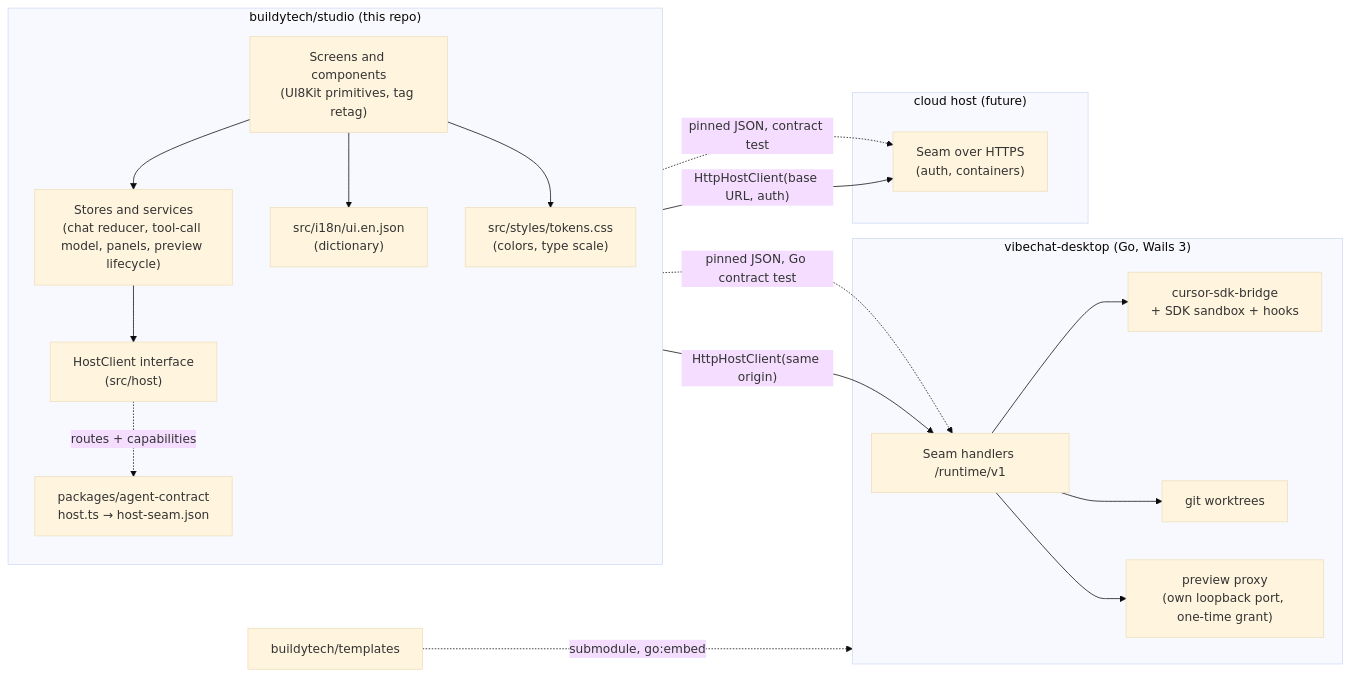
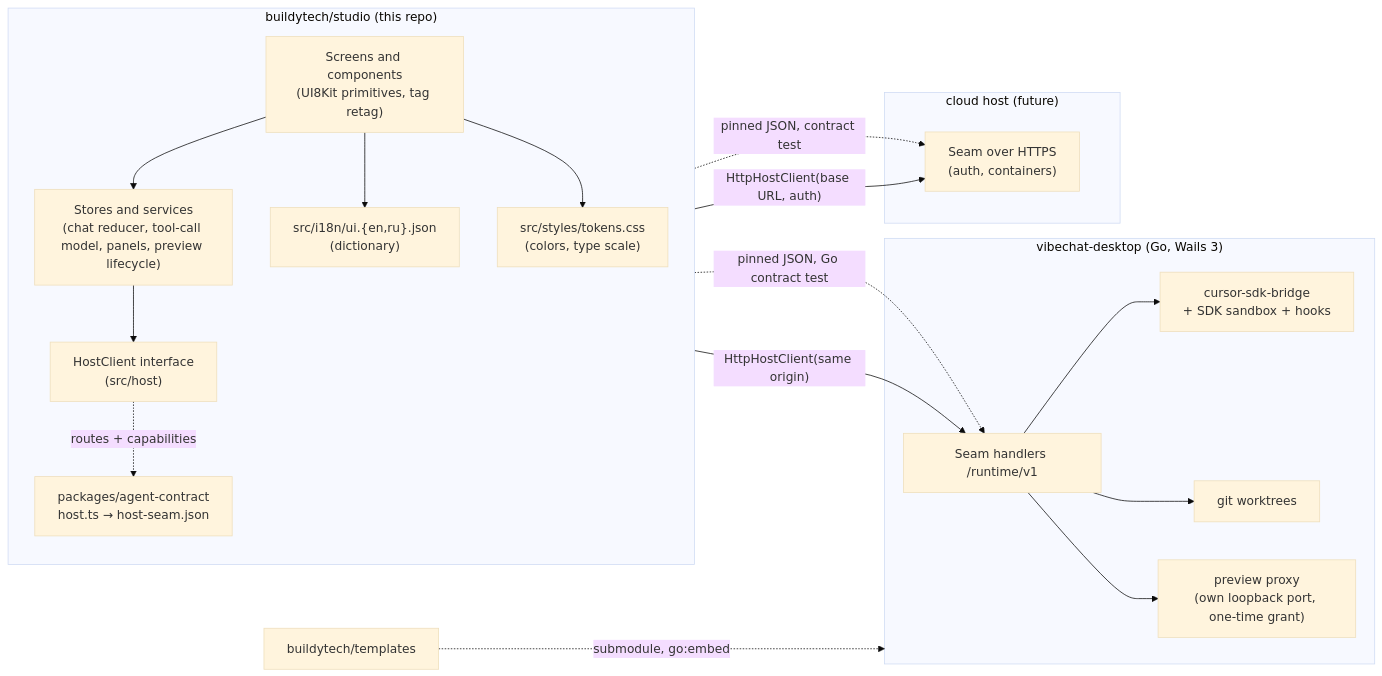
The diagram in docs/ARCHITECTURE.md (buildytech/studio), drawn with Mermaid (base theme) before and after one commit. The commit also changed other lines of this file and 16 other files, not shown here.

````diff
--- a/docs/ARCHITECTURE.md
+++ b/docs/ARCHITECTURE.md
@@ -6,33 +6,33 @@
 ```mermaid
 flowchart LR
   subgraph studio["buildytech/studio (this repo)"]
     direction TB
     UI["Screens and components\n(UI8Kit primitives, tag retag)"]
     VM["Stores and services\n(chat reducer, tool-call model, panels, preview lifecycle)"]
     HC["HostClient interface\n(src/host)"]
     CT["packages/agent-contract\nhost.ts → host-seam.json"]
-    I18N["src/i18n/ui.en.json\n(dictionary)"]
+    I18N["src/i18n/ui.{en,ru}.json\n(dictionary)"]
     TOK["src/styles/tokens.css\n(colors, type scale)"]
     UI --> VM --> HC
     UI --> I18N
     UI --> TOK
     HC -. "routes + capabilities" .-> CT
   end
   subgraph desktop["vibechat-desktop (Go, Wails 3)"]
     GH["Seam handlers /runtime/v1"]
     BR["cursor-sdk-bridge\n+ SDK sandbox + hooks"]
     WT["git worktrees"]
     PX["preview proxy\n(own loopback port, one-time grant)"]
     GH --> BR
     GH --> WT
     GH --> PX
   end
   subgraph cloud["cloud host (future)"]
     CH["Seam over HTTPS\n(auth, containers)"]
   end
   HC -- "HttpHostClient(same origin)" --> GH
   HC -- "HttpHostClient(base URL, auth)" --> CH
   CT -. "pinned JSON, Go contract test" .-> GH
   CT -. "pinned JSON, contract test" .-> CH
   T["buildytech/templates"] -. "submodule, go:embed" .-> desktop
 ```
````
